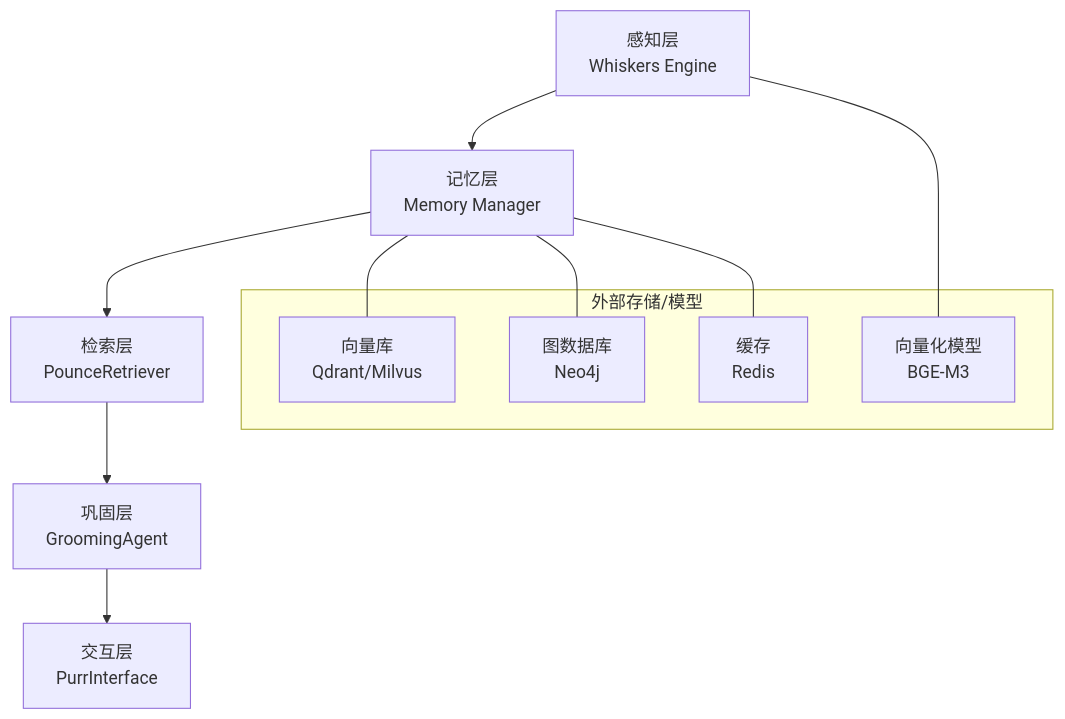
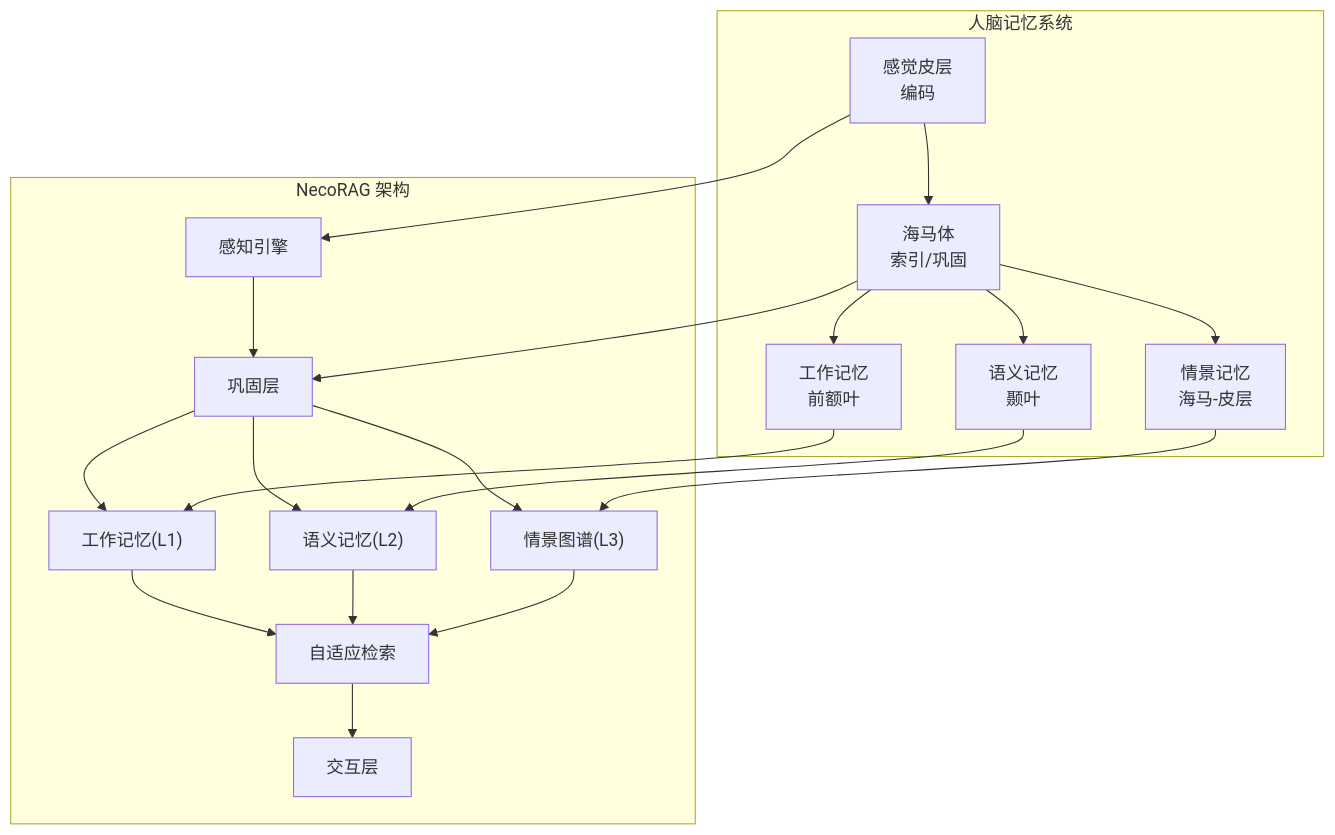
Before and after one commit to JieGaoPrinceton/NecoRAG: the second of 10 diagrams in .qoder/repowiki/zh/content/项目概述/项目概述.md, drawn with Mermaid. The commit also changed other lines of this file and 76 other files, not shown here.

````diff
--- a/.qoder/repowiki/zh/content/项目概述/项目概述.md
+++ b/.qoder/repowiki/zh/content/项目概述/项目概述.md
@@ -114,17 +103,24 @@
 ```mermaid
 graph TB
-A["感知层<br/>Whiskers Engine"] --> B["记忆层<br/>Memory Manager"]
-B --> C["检索层<br/>PounceRetriever"]
-C --> D["巩固层<br/>GroomingAgent"]
-D --> E["交互层<br/>PurrInterface"]
-subgraph "外部存储/模型"
-VDB["向量库<br/>Qdrant/Milvus"]
-GDB["图数据库<br/>Neo4j"]
-KV["缓存<br/>Redis"]
-ENC["向量化模型<br/>BGE-M3"]
+subgraph "人脑记忆系统"
+S["感觉皮层<br/>编码"] --> H["海马体<br/>索引/巩固"]
+H --> W["工作记忆<br/>前额叶"]
+H --> SM["语义记忆<br/>颞叶"]
+H --> EP["情景记忆<br/>海马-皮层"]
 end
-B --- VDB
-B --- GDB
-B --- KV
-A --- ENC
+subgraph "NecoRAG 架构"
+PE["感知引擎"] --> RA["巩固层"]
+RA --> WM["工作记忆(L1)"]
+RA --> SEM["语义记忆(L2)"]
+RA --> GR["情景图谱(L3)"]
+WM --> RET["自适应检索"]
+SEM --> RET
+GR --> RET
+RET --> RESP["交互层"]
+end
+S --> PE
+H --> RA
+W --> WM
+SM --> SEM
+EP --> GR
 ```
````
